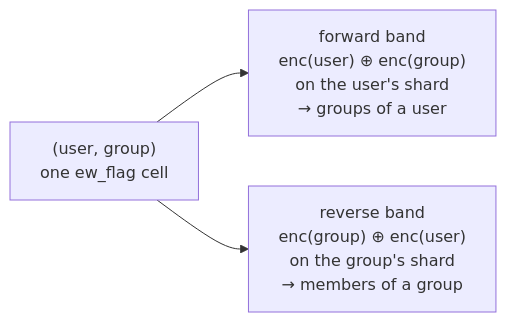
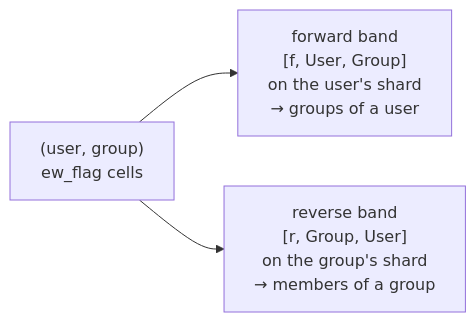
Before and after one commit to bondy-io/bondy: the fourth of 4 diagrams in apps/bondy_db/doc_extras/architecture/07_app_developers_tour.md, drawn with Mermaid. The commit also changed other lines of this file and 449 other files, not shown here.

````diff
--- a/apps/bondy_db/doc_extras/architecture/07_app_developers_tour.md
+++ b/apps/bondy_db/doc_extras/architecture/07_app_developers_tour.md
@@ -385,9 +392,9 @@
 ```mermaid
 flowchart LR
-    FACT["(user, group)<br/>one ew_flag cell"]
-    F["forward band<br/>enc(user) ⊕ enc(group)<br/>on the user's shard<br/>→ groups of a user"]
-    R["reverse band<br/>enc(group) ⊕ enc(user)<br/>on the group's shard<br/>→ members of a group"]
+    FACT["(user, group)<br/>ew_flag cells"]
+    F["forward band<br/>[f, User, Group]<br/>on the user's shard<br/>→ groups of a user"]
+    R["reverse band<br/>[r, Group, User]<br/>on the group's shard<br/>→ members of a group"]
 
     FACT --> F
     FACT --> R
 ```
````
